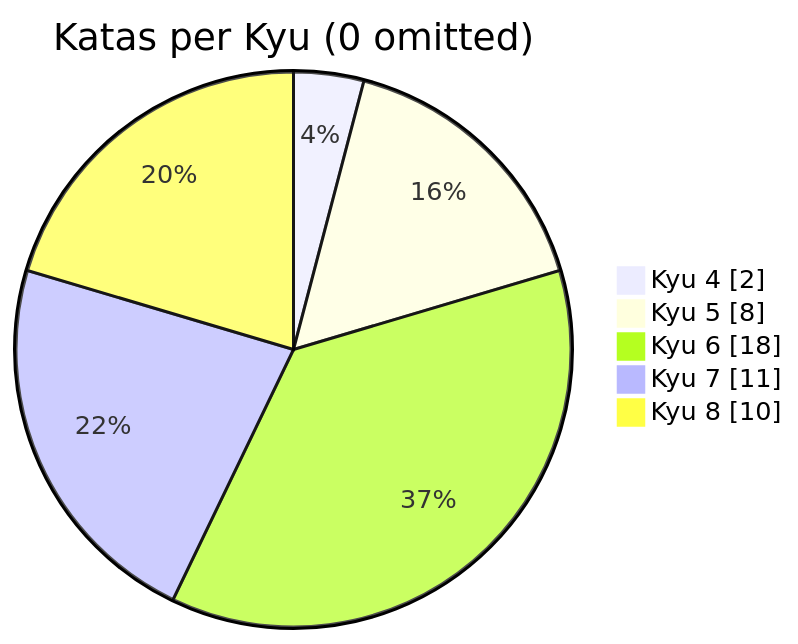
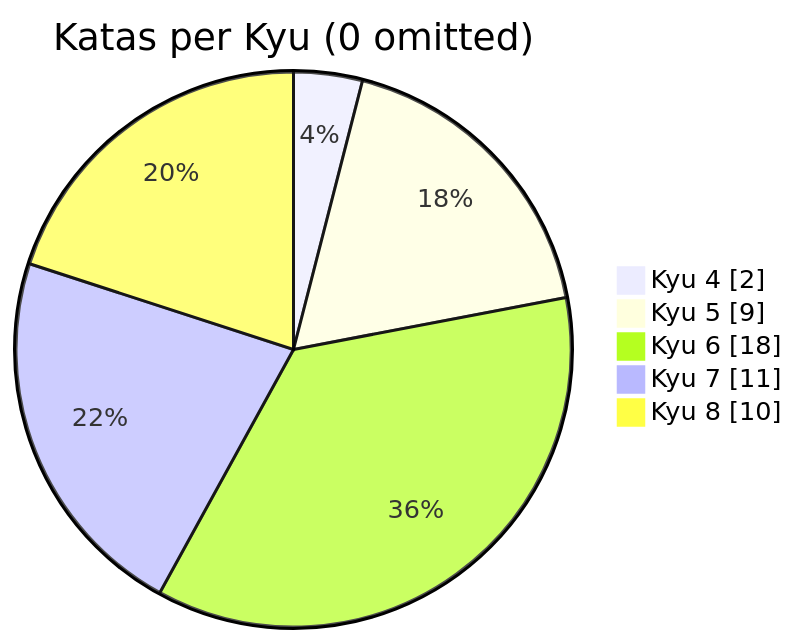
Before and after one commit to MauricioLudwig/codewars-typescript: the diagram in README.md, drawn with Mermaid. The commit also changed other lines of this file, not shown here.

````diff
--- a/README.md
+++ b/README.md
@@ -19,9 +19,9 @@
 ```mermaid
 pie showData
     title Katas per Kyu (0 omitted)
 	"Kyu 4": 2
-	"Kyu 5": 8
+	"Kyu 5": 9
 	"Kyu 6": 18
 	"Kyu 7": 11
 	"Kyu 8": 10
 ```
````
